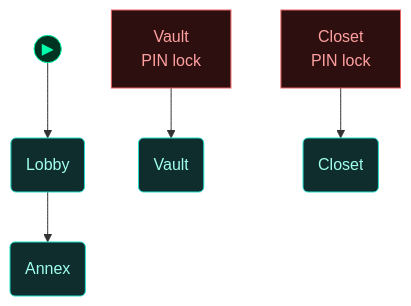
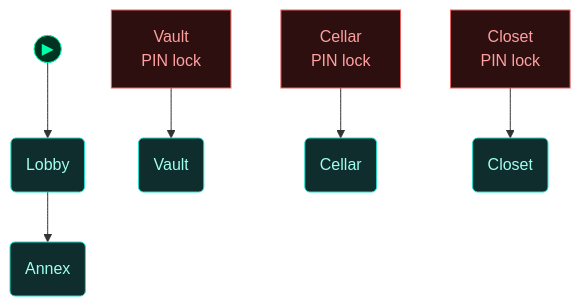
The third of 5 diagrams in scenarios/test_hidden_hostiles/dungeon_graph.md (cliffe/BreakEscape), drawn with Mermaid before and after one commit. The commit also changed other lines of this file and 5 other files, not shown here.

Commit message:
Hidden hostiles R3: proof KO check can fail, regenerate dungeon graph, fix brief and doc wording

````diff
--- a/scenarios/test_hidden_hostiles/dungeon_graph.md
+++ b/scenarios/test_hidden_hostiles/dungeon_graph.md
@@ -124,36 +128,39 @@
 ```mermaid
 flowchart TD
 
   classDef room      fill:#0f2d2d,stroke:#22ddcc,color:#a0ffee
   classDef lock      fill:#2d0f0f,stroke:#e66060,color:#ffa0a0
   classDef key       fill:#2d0812,stroke:#e66060,color:#ffa0a0
   classDef item      fill:#2d1200,stroke:#e89030,color:#ffcc80
   classDef gate      fill:#111,stroke:#666,color:#eee
   classDef vm        fill:#0c1f40,stroke:#4a90d9,color:#a0c8ff
   classDef flag      fill:#1a0c2d,stroke:#9060d0,color:#cc99ff
   classDef action    fill:#1a1200,stroke:#cc9922,color:#ffee88
   classDef aim       fill:#0d2a0d,stroke:#44cc44,color:#88ff88
   classDef aim_gate  fill:#111111,stroke:#44cc44,color:#44cc44
   classDef container fill:#1a2d1a,stroke:#60b060,color:#a0e0a0
   classDef npc       fill:#2d1f0d,stroke:#d0a050,color:#ffe0a0
   classDef critical  fill:#2a1500,stroke:#ffaa00,color:#ffdd88
   classDef start     fill:#003322,stroke:#00ffaa,color:#00ffaa
 
   node_start(("▶"))
   node_start --> lobby
 
   door_vault["Vault<br/>PIN lock"]
   vault("Vault")
+  door_cellar["Cellar<br/>PIN lock"]
+  cellar("Cellar")
   door_closet["Closet<br/>PIN lock"]
   closet("Closet")
   lobby("Lobby")
   annex("Annex")
 
   door_vault --> vault
+  door_cellar --> cellar
   door_closet --> closet
   lobby --> annex
 
-  class door_vault,door_closet lock
-  class vault,closet,lobby,annex room
+  class door_vault,door_cellar,door_closet lock
+  class vault,cellar,closet,lobby,annex room
   class node_start start
 ```
````
